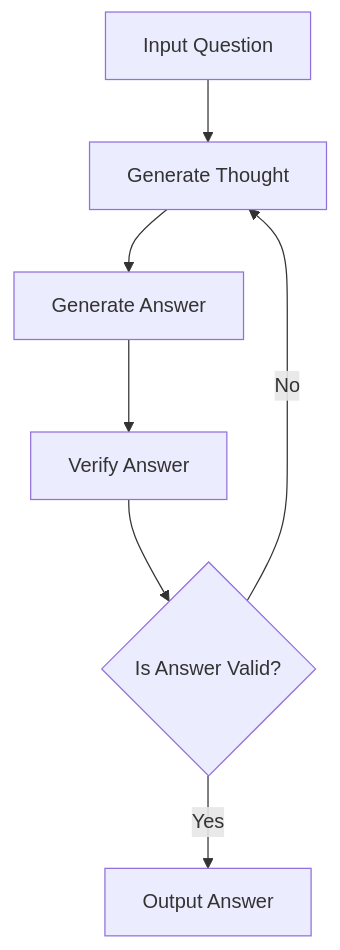
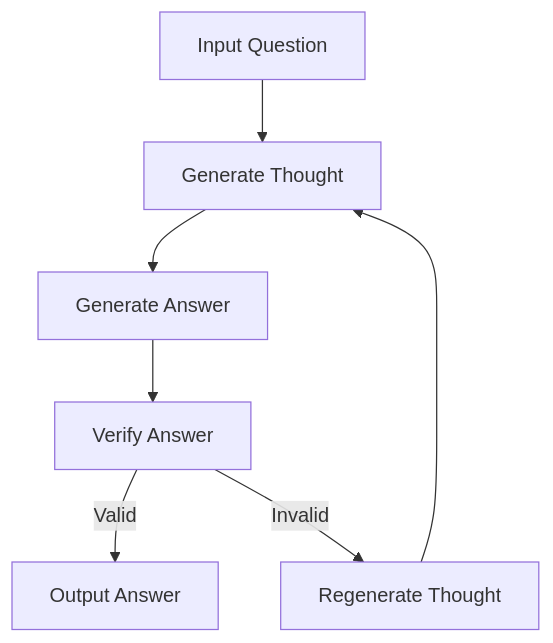
The diagram in data/papers/2207.10342/features/crib-sheet/2207.10342.md (dmarx/papers-feed), drawn with Mermaid before and after one commit. The commit also changed other lines of this file and 9 other files, not shown here.

````diff
--- a/data/papers/2207.10342/features/crib-sheet/2207.10342.md
+++ b/data/papers/2207.10342/features/crib-sheet/2207.10342.md
@@ -25,9 +38,9 @@
-  ```mermaid
-  graph TD;
-      A[Input Question] --> B[Generate Thought];
-      B --> C[Generate Answer];
-      C --> D[Verify Answer];
-      D --> E{Is Answer Valid?};
-      E -- Yes --> F[Output Answer];
-      E -- No --> B;
-  ```
+```mermaid
+flowchart TD
+    A[Input Question] --> B[Generate Thought]
+    B --> C[Generate Answer]
+    C --> D[Verify Answer]
+    D -->|Valid| E[Output Answer]
+    D -->|Invalid| F[Regenerate Thought]
+    F --> B
+```
````
